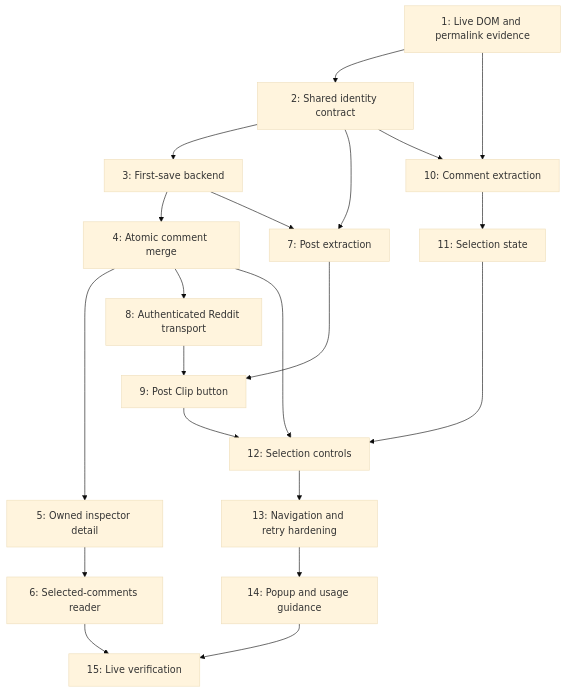
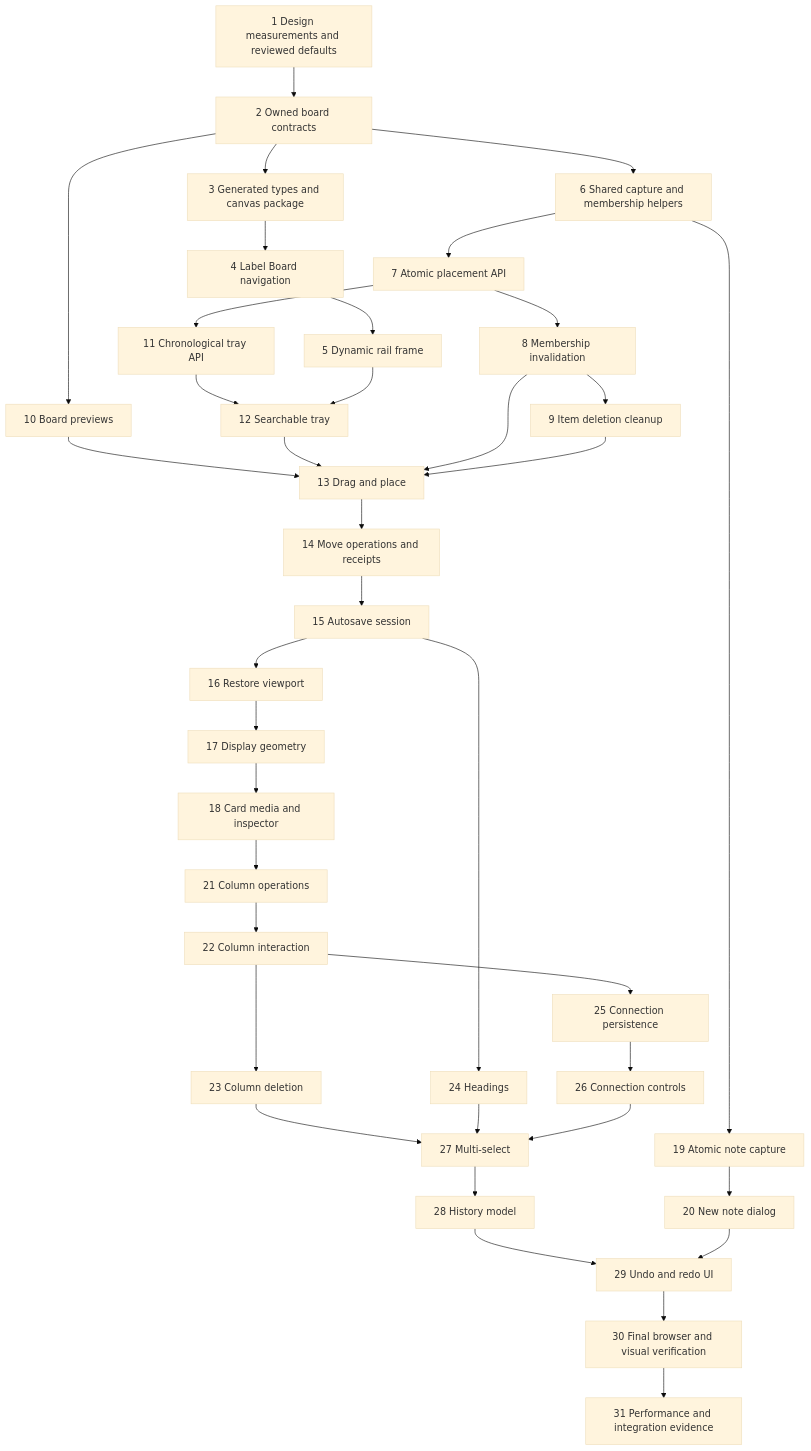
One commit to maruzek/mindspool changed the diagram in tasks/plan.md. Above: the diagram before and after it, drawn with Mermaid (base theme). The commit also changed other lines of this file and 9 other files, not shown here.

````diff
--- a/tasks/plan.md
+++ b/tasks/plan.md
@@ -123,23 +165,40 @@
 ```mermaid
 flowchart TD
-  A[1: Live DOM and permalink evidence] --> B[2: Shared identity contract]
-  B --> C[3: First-save backend]
-  C --> D[4: Atomic comment merge]
-  D --> E[5: Owned inspector detail]
-  E --> F[6: Selected-comments reader]
-  B --> G[7: Post extraction]
-  C --> G
-  D --> H[8: Authenticated Reddit transport]
-  G --> I[9: Post Clip button]
-  H --> I
-  A --> J[10: Comment extraction]
-  B --> J
-  J --> K[11: Selection state]
-  D --> L[12: Selection controls]
-  I --> L
-  K --> L
-  L --> M[13: Navigation and retry hardening]
-  M --> N[14: Popup and usage guidance]
-  F --> O[15: Live verification]
-  N --> O
+  A[1 Design measurements and reviewed defaults] --> B[2 Owned board contracts]
+  B --> C[3 Generated types and canvas package]
+  C --> D[4 Label Board navigation]
+  D --> E[5 Dynamic rail frame]
+  B --> F[6 Shared capture and membership helpers]
+  F --> G[7 Atomic placement API]
+  G --> H[8 Membership invalidation]
+  H --> I[9 Item deletion cleanup]
+  B --> J[10 Board previews]
+  G --> K[11 Chronological tray API]
+  K --> L[12 Searchable tray]
+  E --> L
+  J --> M[13 Drag and place]
+  L --> M
+  H --> M
+  I --> M
+  M --> N[14 Move operations and receipts]
+  N --> O[15 Autosave session]
+  O --> P[16 Restore viewport]
+  P --> Q[17 Display geometry]
+  Q --> R[18 Card media and inspector]
+  F --> S[19 Atomic note capture]
+  S --> T[20 New note dialog]
+  R --> U[21 Column operations]
+  U --> V[22 Column interaction]
+  V --> W[23 Column deletion]
+  O --> X[24 Headings]
+  V --> Y[25 Connection persistence]
+  Y --> Z[26 Connection controls]
+  W --> AA[27 Multi-select]
+  X --> AA
+  Z --> AA
+  AA --> AB[28 History model]
+  AB --> AC[29 Undo and redo UI]
+  T --> AC
+  AC --> AD[30 Final browser and visual verification]
+  AD --> AE[31 Performance and integration evidence]
 ```
````
